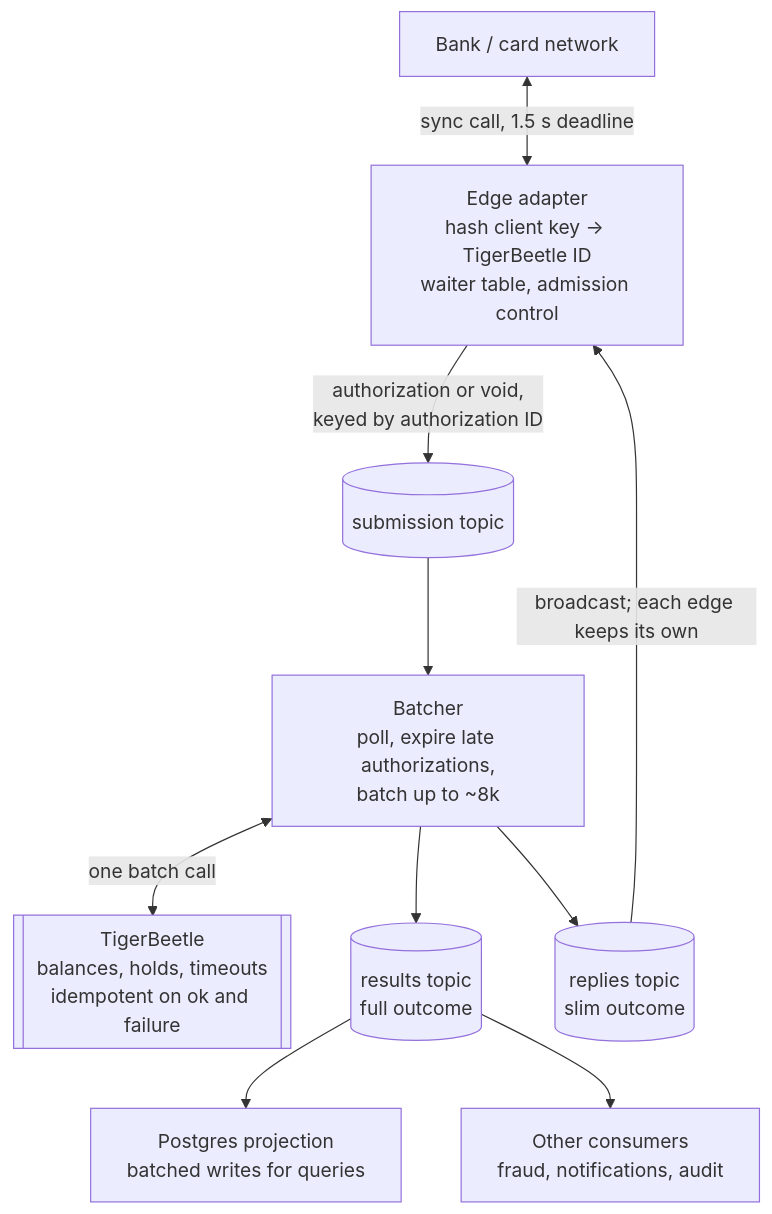
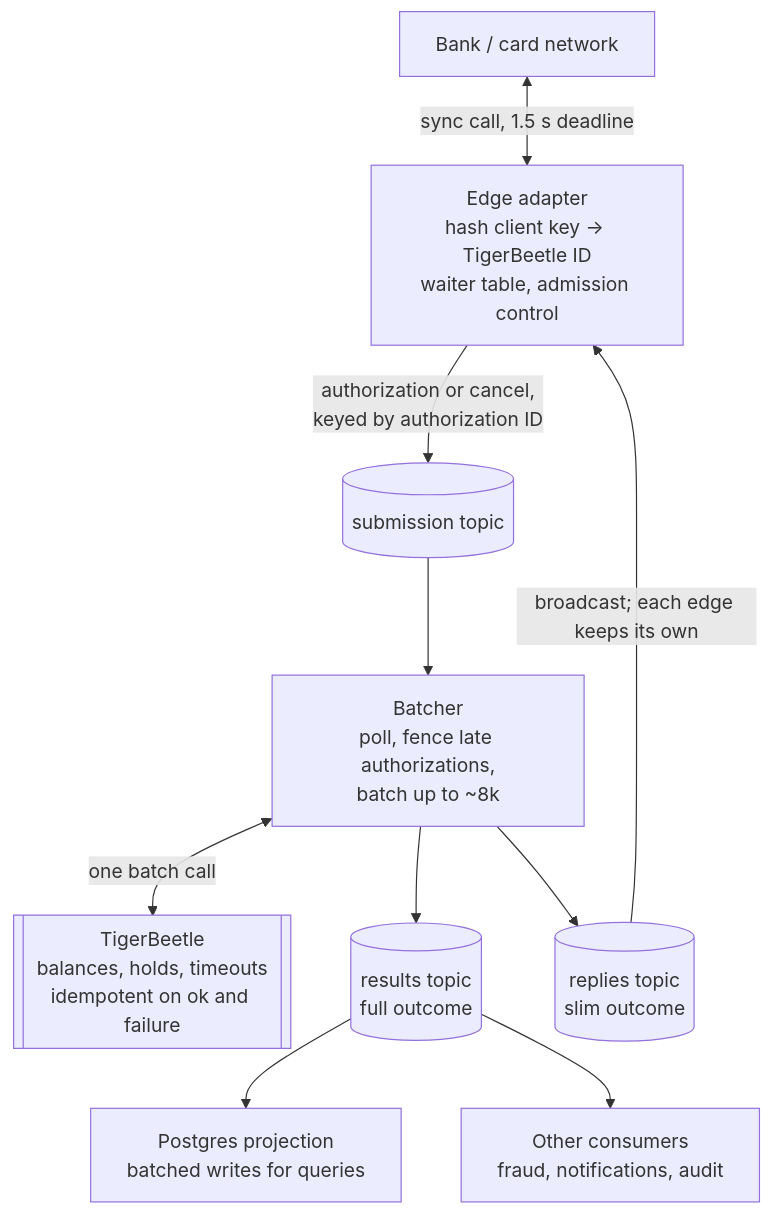
Before and after one commit to nmarasoiu/dst-200ktps-ledger: the diagram in README.md, drawn with Mermaid. The commit also changed other lines of this file, not shown here.

First line of the commit message:
Replace ordered voids with fenced cancels and a caller cancel contract

````diff
--- a/README.md
+++ b/README.md
@@ -47,13 +47,13 @@
 ```mermaid
 flowchart TD
     Bank["Bank / card network"] <-->|"sync call, 1.5 s deadline"| Edge
     Edge["Edge adapter<br/>hash client key → TigerBeetle ID<br/>waiter table, admission control"]
-    Edge -->|"authorization or void,<br/>keyed by authorization ID"| Sub[("submission topic")]
-    Sub --> Batcher["Batcher<br/>poll, expire late authorizations,<br/>batch up to ~8k"]
+    Edge -->|"authorization or cancel,<br/>keyed by authorization ID"| Sub[("submission topic")]
+    Sub --> Batcher["Batcher<br/>poll, fence late authorizations,<br/>batch up to ~8k"]
     Batcher <-->|"one batch call"| TB[["TigerBeetle<br/>balances, holds, timeouts<br/>idempotent on ok and failure"]]
     Batcher --> Res[("results topic<br/>full outcome")]
     Batcher --> Rep[("replies topic<br/>slim outcome")]
     Rep -->|"broadcast; each edge keeps its own"| Edge
     Res --> PG["Postgres projection<br/>batched writes for queries"]
     Res --> Other["Other consumers<br/>fraud, notifications, audit"]
 ```
````
